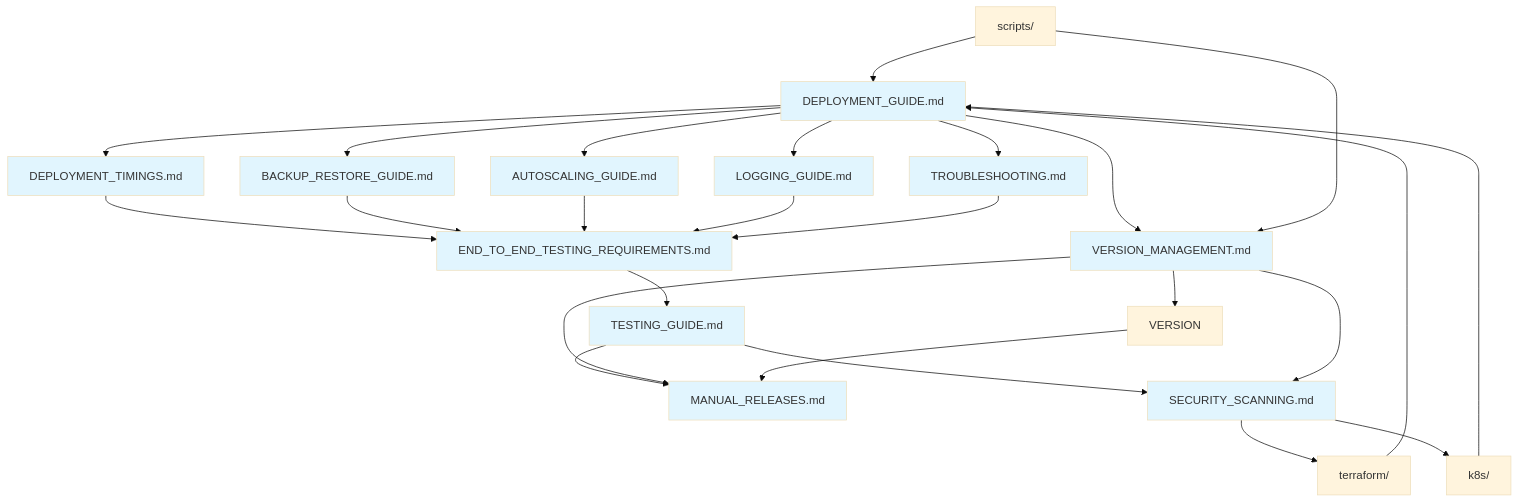
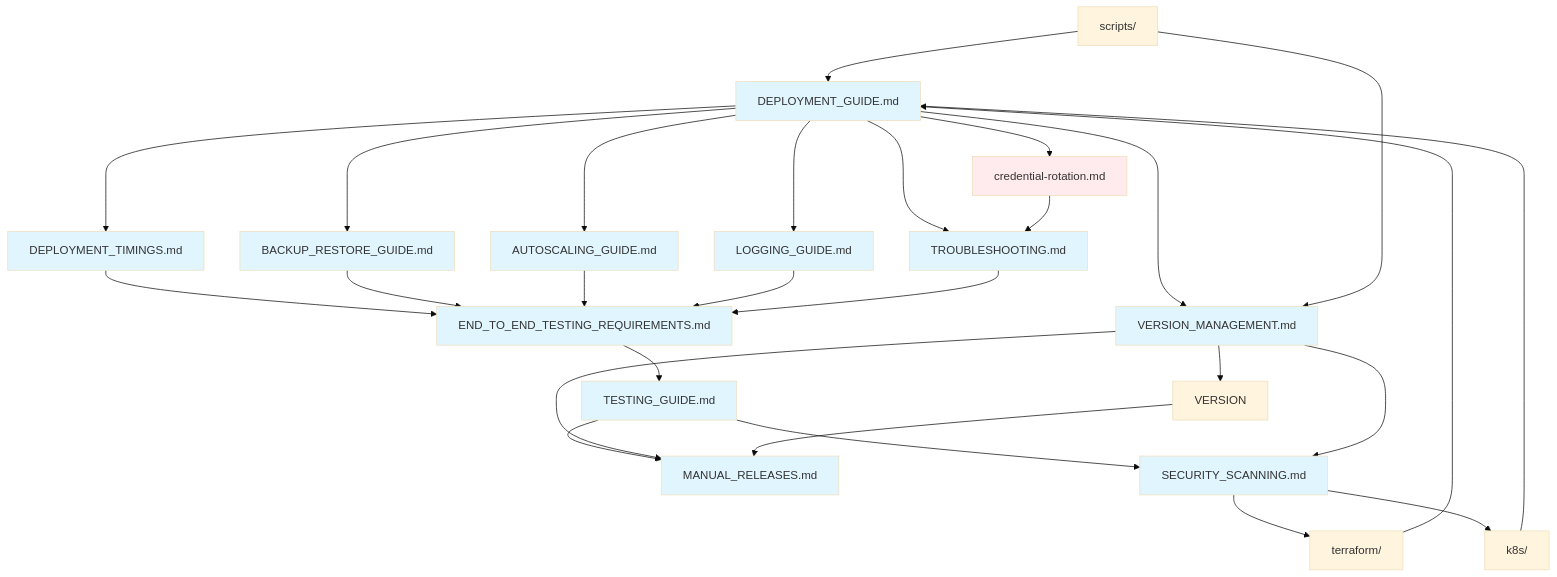
One commit to Jmevorach/openemr-on-eks changed the diagram in docs/README.md. Above: the diagram before and after it, drawn with Mermaid (base theme). The commit also changed other lines of this file and 86 other files, not shown here.

````diff
--- a/docs/README.md
+++ b/docs/README.md
@@ -57,44 +60,47 @@
 ```mermaid
 graph TD
     A[DEPLOYMENT_GUIDE.md] --> A1[DEPLOYMENT_TIMINGS.md]
     A --> B[BACKUP_RESTORE_GUIDE.md]
     A --> C[AUTOSCALING_GUIDE.md]
     A --> D[LOGGING_GUIDE.md]
     A --> E[TROUBLESHOOTING.md]
+    A --> CR[credential-rotation.md]
+    CR --> E
 
     A1 --> F[END_TO_END_TESTING_REQUIREMENTS.md]
     B --> F
     C --> F
     D --> F
     E --> F
 
     F --> G[TESTING_GUIDE.md]
     G --> H[MANUAL_RELEASES.md]
     G --> S[SECURITY_SCANNING.md]
 
     A --> M[VERSION_MANAGEMENT.md]
     M --> H
     M --> I[VERSION]
     M --> S
     L[scripts/] --> M
 
     I --> H
     J[terraform/] --> A
     K[k8s/] --> A
     L[scripts/] --> A
 
     S --> J
     S --> K
 
     style A fill:#e1f5fe
     style A1 fill:#e1f5fe
     style B fill:#e1f5fe
     style C fill:#e1f5fe
     style D fill:#e1f5fe
     style E fill:#e1f5fe
     style F fill:#e1f5fe
     style G fill:#e1f5fe
     style H fill:#e1f5fe
     style M fill:#e1f5fe
     style S fill:#e1f5fe
+    style CR fill:#ffebee
 ```
````
